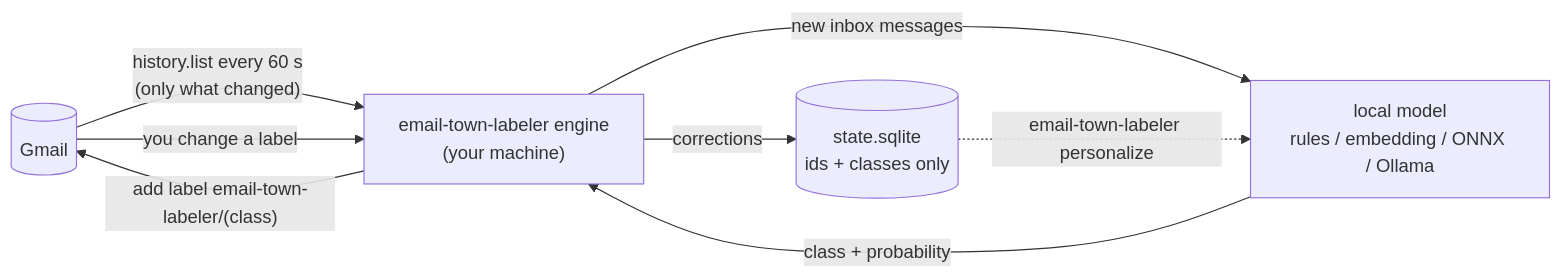
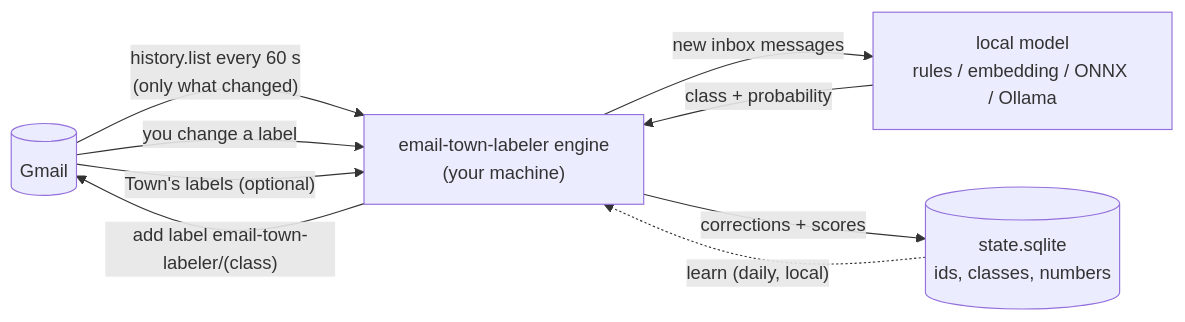
Before and after one commit to scamai/email-town-labeler: the diagram in README.md, drawn with Mermaid. The commit also changed other lines of this file and 17 other files, not shown here.

First line of the commit message:
Learn from use for every model: personal head on stored scores, Town as teacher, re-tuned thresholds

````diff
--- a/README.md
+++ b/README.md
@@ -32,10 +32,11 @@
 ```mermaid
 flowchart LR
   G[("Gmail")] -- "history.list every 60 s<br/>(only what changed)" --> E["email-town-labeler engine<br/>(your machine)"]
   E -- "new inbox messages" --> M["local model<br/>rules / embedding / ONNX / Ollama"]
   M -- "class + probability" --> E
   E -- "add label email-town-labeler/(class)" --> G
   G -- "you change a label" --> E
-  E -- "corrections" --> DB[("state.sqlite<br/>ids + classes only")]
-  DB -. "email-town-labeler personalize" .-> M
+  G -- "Town's labels (optional)" --> E
+  E -- "corrections + scores" --> DB[("state.sqlite<br/>ids, classes, numbers")]
+  DB -. "learn (daily, local)" .-> E
 ```
````
